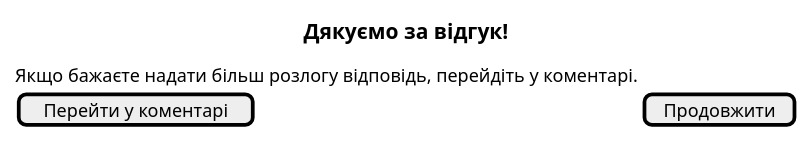
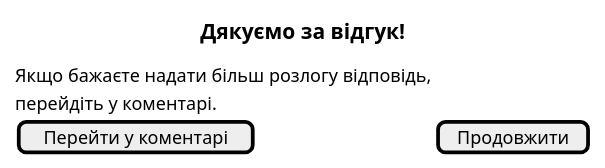
Before and after one commit to oleksandrblazhko/ai202-baranyuk: the diagram in 2-SoftwareDesign/2.8-TestCases/4-NFR-TestCases2.puml, drawn with PlantUML.

```diff
--- a/2-SoftwareDesign/2.8-TestCases/4-NFR-TestCases2.puml
+++ b/2-SoftwareDesign/2.8-TestCases/4-NFR-TestCases2.puml
@@ -1,9 +1,10 @@
 @startsalt
 
 {
 title Дякуємо за відгук!
-    Якщо бажаєте надати більш розлогу відповідь, перейдіть у коментарі.
+    Якщо бажаєте надати більш розлогу відповідь, 
+    перейдіть у коментарі.
     [Перейти у коментарі]|[ Продовжити ]
 }
 
 @endsalt
```
